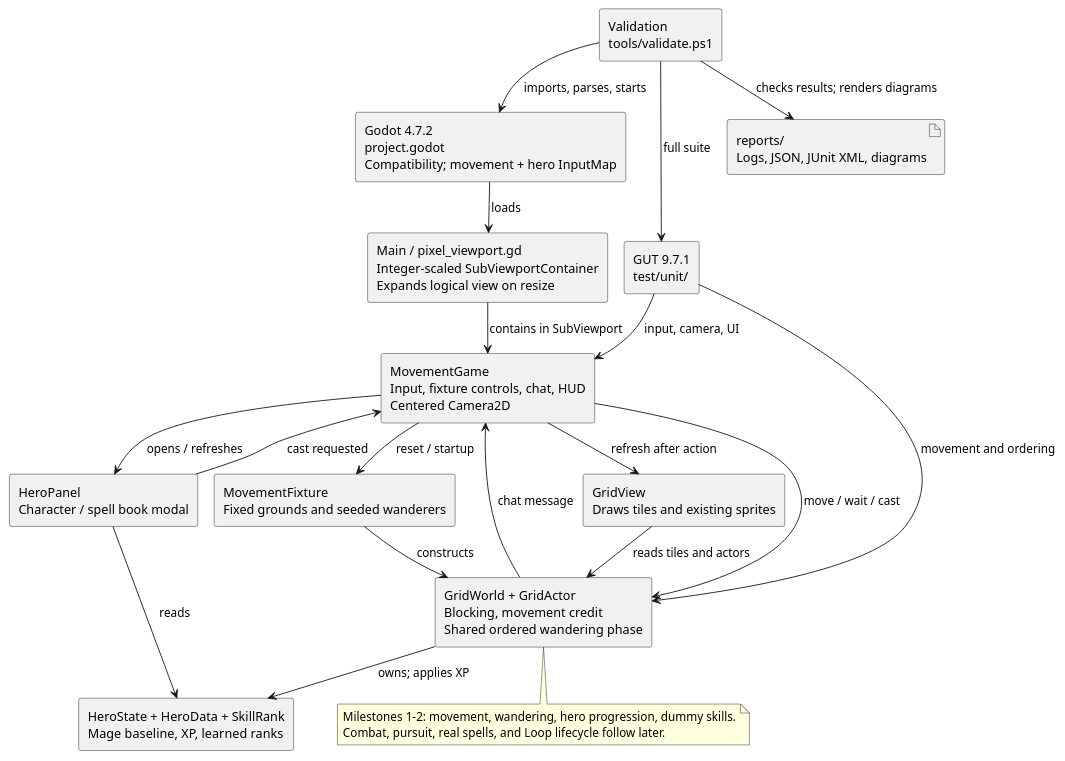
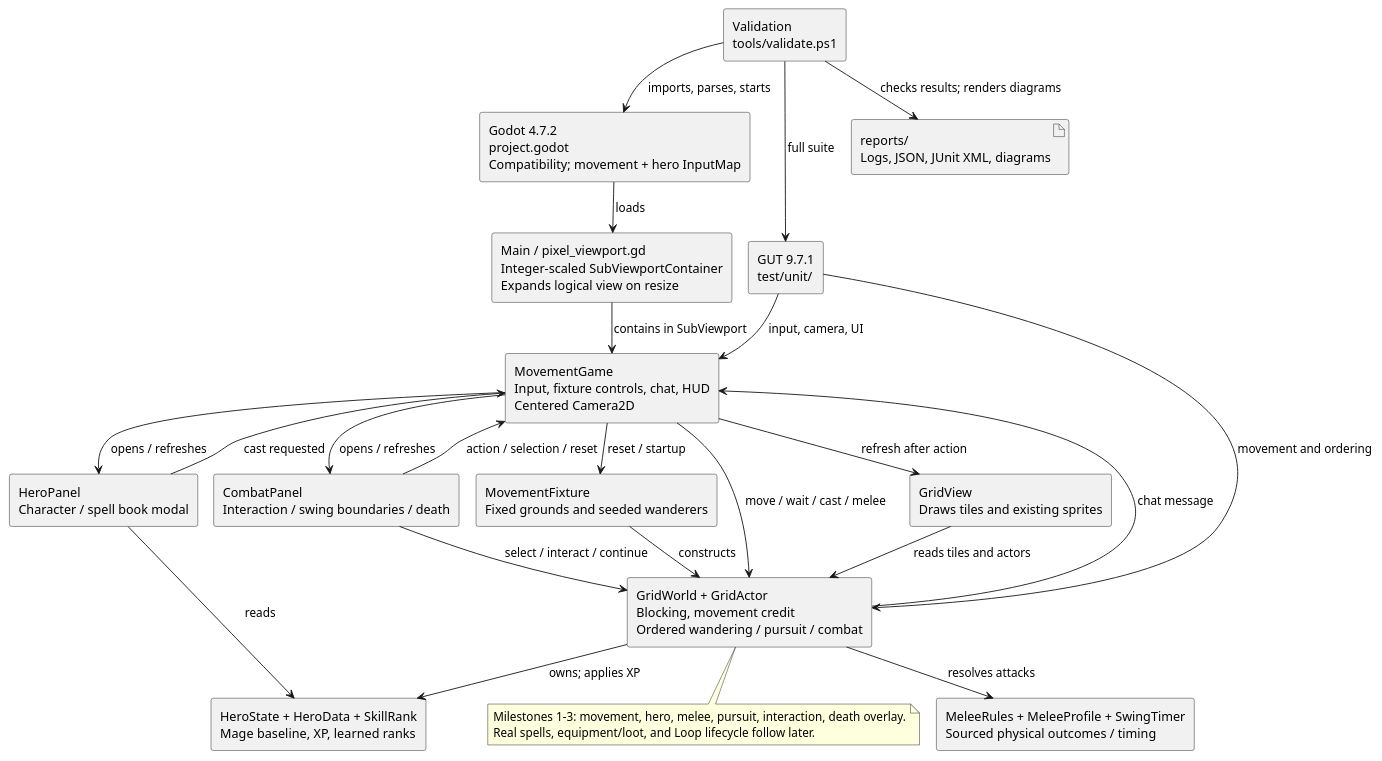
One commit to VHonzik/Ostinato changed the diagram in docs/architecture/components.puml. Above: the diagram before and after it, drawn with PlantUML. The commit also changed 34 other files, not shown here.

Commit message:
Implement milestone 3 melee combat and NPC pursuit

```diff
--- a/docs/architecture/components.puml
+++ b/docs/architecture/components.puml
@@ -1,42 +1,48 @@
 @startuml
 !pragma layout smetana
 skinparam componentStyle rectangle
 skinparam shadowing false
 skinparam nodesep 55
 skinparam ranksep 45
 
 component "Godot 4.7.2\nproject.godot\nCompatibility; movement + hero InputMap" as Godot
 component "Main / pixel_viewport.gd\nInteger-scaled SubViewportContainer\nExpands logical view on resize" as Main
 component "MovementGame\nInput, fixture controls, chat, HUD\nCentered Camera2D" as Game
 component "GridView\nDraws tiles and existing sprites" as View
-component "GridWorld + GridActor\nBlocking, movement credit\nShared ordered wandering phase" as World
+component "GridWorld + GridActor\nBlocking, movement credit\nOrdered wandering / pursuit / combat" as World
 component "HeroState + HeroData + SkillRank\nMage baseline, XP, learned ranks" as Hero
+component "MeleeRules + MeleeProfile + SwingTimer\nSourced physical outcomes / timing" as Combat
+component "CombatPanel\nInteraction / swing boundaries / death" as CombatUI
 component "HeroPanel\nCharacter / spell book modal" as Panel
 component "MovementFixture\nFixed grounds and seeded wanderers" as Fixture
 component "GUT 9.7.1\ntest/unit/" as Tests
 component "Validation\ntools/validate.ps1" as Validation
 artifact "reports/\nLogs, JSON, JUnit XML, diagrams" as Reports
 
 Godot --> Main : loads
 Main --> Game : contains in SubViewport
 Game --> Fixture : reset / startup
 Fixture --> World : constructs
-Game --> World : move / wait / cast
+Game --> World : move / wait / cast / melee
+World --> Combat : resolves attacks
+Game --> CombatUI : opens / refreshes
+CombatUI --> World : select / interact / continue
+CombatUI --> Game : action / selection / reset
 World --> Hero : owns; applies XP
 Game --> Panel : opens / refreshes
 Panel --> Game : cast requested
 Panel --> Hero : reads
 World --> Game : chat message
 Game --> View : refresh after action
 View --> World : reads tiles and actors
 Validation --> Godot : imports, parses, starts
 Validation --> Tests : full suite
 Tests --> Game : input, camera, UI
 Tests --> World : movement and ordering
 Validation --> Reports : checks results; renders diagrams
 
 note bottom of World
-Milestones 1–2: movement, wandering, hero progression, dummy skills.
-Combat, pursuit, real spells, and Loop lifecycle follow later.
+Milestones 1–3: movement, hero, melee, pursuit, interaction, death overlay.
+Real spells, equipment/loot, and Loop lifecycle follow later.
 end note
 @enduml
```
